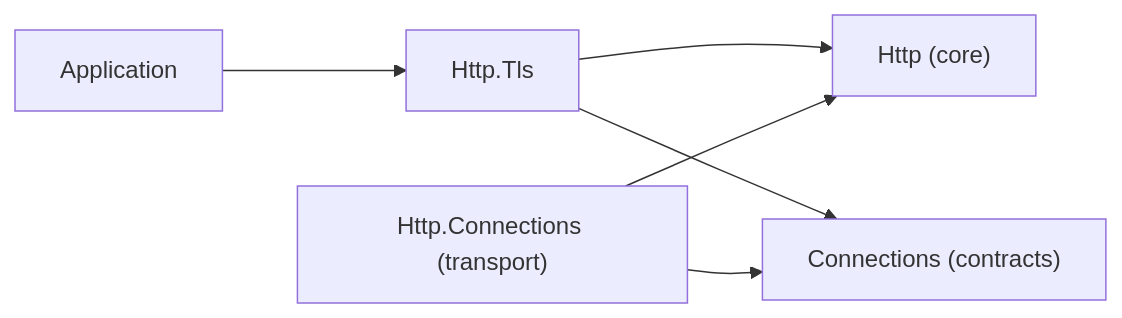
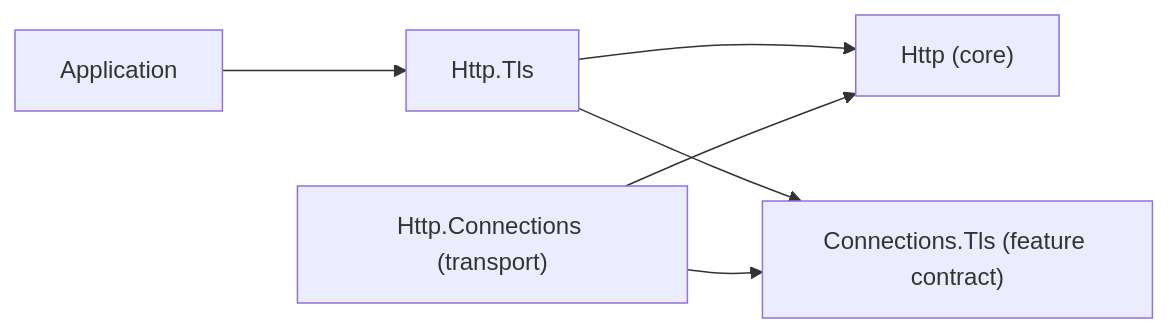
Before and after one commit to assimalign/cohesion-docs: the diagram in docs/dotnet-apis/libraries/http/assimalign-cohesion-http-tls/design.md, drawn with Mermaid. The commit also changed other lines of this file and 94 other files, not shown here.

````diff
--- a/docs/dotnet-apis/libraries/http/assimalign-cohesion-http-tls/design.md
+++ b/docs/dotnet-apis/libraries/http/assimalign-cohesion-http-tls/design.md
@@ -27,13 +27,13 @@
 ```mermaid
 flowchart LR
     App["Application"]
     Tls["Http.Tls"]
     Core["Http (core)"]
-    Conn["Connections (contracts)"]
+    Conn["Connections.Tls (feature contract)"]
     Transport["Http.Connections (transport)"]
     App --> Tls
     Tls --> Core
     Tls --> Conn
     Transport --> Core
     Transport --> Conn
 ```
````
